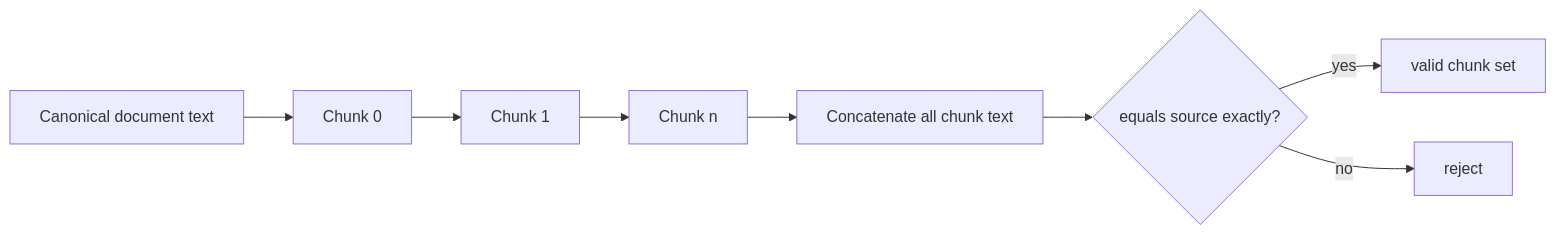
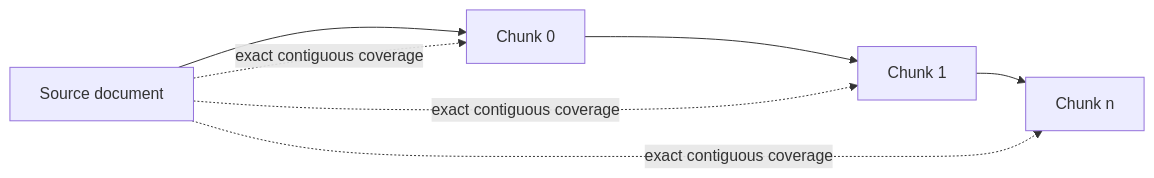
The fourth of 8 diagrams in docs/architecture/KNOWLEDGE_MODEL.md (kumarchandansingh/tropos), drawn with Mermaid before and after one commit. The commit also changed other lines of this file and 11 other files, not shown here.

````diff
--- a/docs/architecture/KNOWLEDGE_MODEL.md
+++ b/docs/architecture/KNOWLEDGE_MODEL.md
@@ -169,11 +110,9 @@
 ```mermaid
 flowchart LR
-    Source[Canonical document text]
-    --> C0[Chunk 0]
-    --> C1[Chunk 1]
-    --> CN[Chunk n]
-    CN --> Rebuild[Concatenate all chunk text]
-    Rebuild --> Check{equals source exactly?}
-    Check -- yes --> Valid[valid chunk set]
-    Check -- no --> Reject[reject]
+    S[Source document] --> C1[Chunk 0]
+    C1 --> C2[Chunk 1]
+    C2 --> C3[Chunk n]
+    S -. exact contiguous coverage .-> C1
+    S -. exact contiguous coverage .-> C2
+    S -. exact contiguous coverage .-> C3
 ```
````
